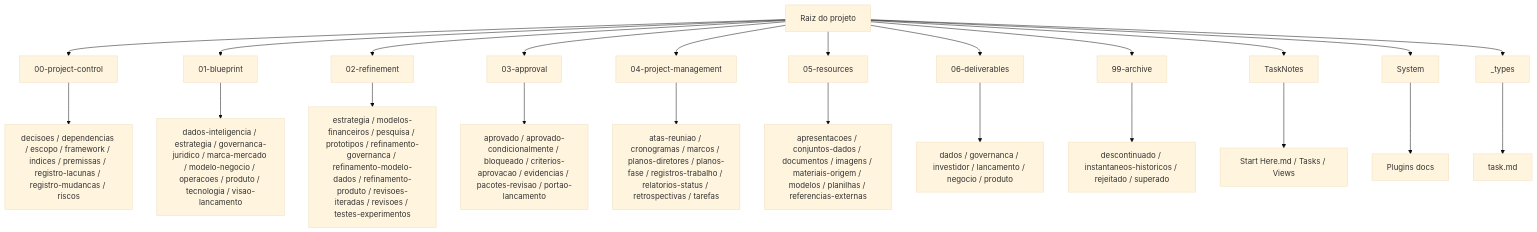
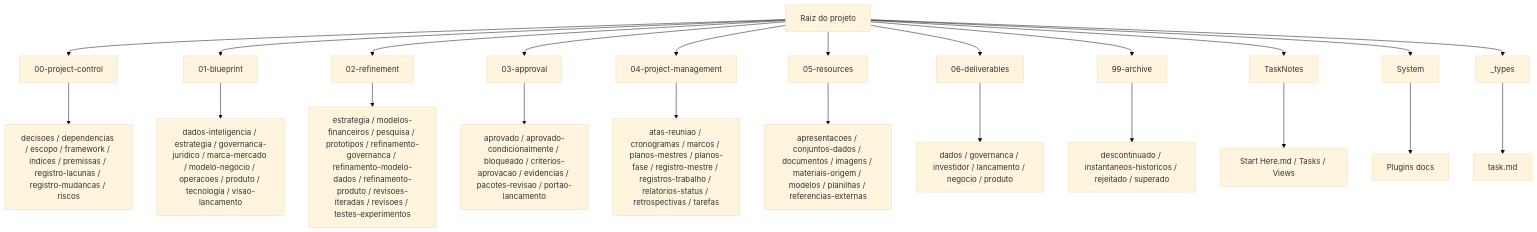
Before and after one commit to pratofeitoo/the-new-hub-proj-dev-2: the diagram in project-map.md, drawn with Mermaid (base theme). The commit also changed other lines of this file and 1 other file, not shown here.

````diff
--- a/project-map.md
+++ b/project-map.md
@@ -445,27 +462,27 @@
 ```mermaid
 flowchart TB
     root["Raiz do projeto"]
     root --> PC["00-project-control"]
     root --> BP["01-blueprint"]
     root --> RF["02-refinement"]
     root --> AP["03-approval"]
     root --> PM["04-project-management"]
     root --> RS["05-resources"]
     root --> DL["06-deliverables"]
     root --> AR["99-archive"]
     root --> TN["TaskNotes"]
     root --> SYS["System"]
     root --> TYPES["_types"]
 
     PC --> PCF["decisoes / dependencias / escopo / framework / indices / premissas / registro-lacunas / registro-mudancas / riscos"]
     BP --> BPF["dados-inteligencia / estrategia / governanca-juridico / marca-mercado / modelo-negocio / operacoes / produto / tecnologia / visao-lancamento"]
     RF --> RFF["estrategia / modelos-financeiros / pesquisa / prototipos / refinamento-governanca / refinamento-modelo-dados / refinamento-produto / revisoes-iteradas / revisoes / testes-experimentos"]
     AP --> APF["aprovado / aprovado-condicionalmente / bloqueado / criterios-aprovacao / evidencias / pacotes-revisao / portao-lancamento"]
-    PM --> PMF["atas-reuniao / cronogramas / marcos / planos-diretores / planos-fase / registros-trabalho / relatorios-status / retrospectivas / tarefas"]
+     PM --> PMF["atas-reuniao / cronogramas / marcos / planos-mestres / planos-fase / registro-mestre / registros-trabalho / relatorios-status / retrospectivas / tarefas"]
     RS --> RSF["apresentacoes / conjuntos-dados / documentos / imagens / materiais-origem / modelos / planilhas / referencias-externas"]
     DL --> DLF["dados / governanca / investidor / lancamento / negocio / produto"]
     AR --> ARF["descontinuado / instantaneos-historicos / rejeitado / superado"]
     TN --> TNF["Start Here.md / Tasks / Views"]
     SYS --> SYSF["Plugins docs"]
     TYPES --> TYPEF["task.md"]
 ```
````
